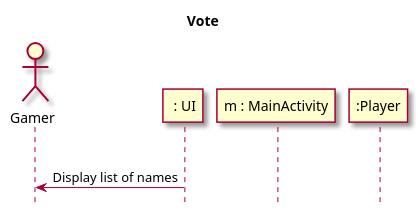
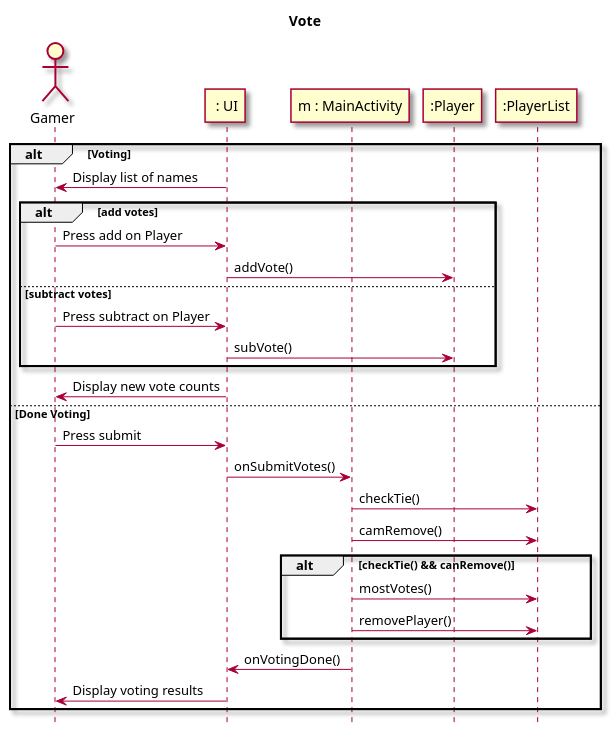
The fourth of 8 diagrams in intellij/doc/design.md (DeannaLC/AndroidProject), drawn with PlantUML before and after one commit. The commit also changed other lines of this file and 20 other files, not shown here.

Commit message:
more javadoc, diagrams updated, readme updated

````diff
--- a/intellij/doc/design.md
+++ b/intellij/doc/design.md
@@ -101,16 +98,37 @@
 ```plantuml
 @startuml
 
 title Vote
 hide footbox
 skin rose
 
 actor Gamer as gamer
 participant " : UI" as UI
 participant "m : MainActivity" as main
 participant ":Player" as player
+participant ":PlayerList" as players
 
-loop Voting
+alt Voting
 UI -> gamer: Display list of names
+alt add votes
+gamer -> UI: Press add on Player
+UI -> player: addVote()
+else subtract votes
+gamer -> UI: Press subtract on Player
+UI -> player: subVote()
+end
+UI -> gamer: Display new vote counts
+else Done Voting
+gamer -> UI: Press submit
+UI -> main: onSubmitVotes()
+main -> players: checkTie()
+main -> players: camRemove()
+alt checkTie() && canRemove()
+main -> players: mostVotes()
+main -> players: removePlayer()
+end
+main -> UI: onVotingDone() 
+UI -> gamer: Display voting results
+end
 
 ```
````
